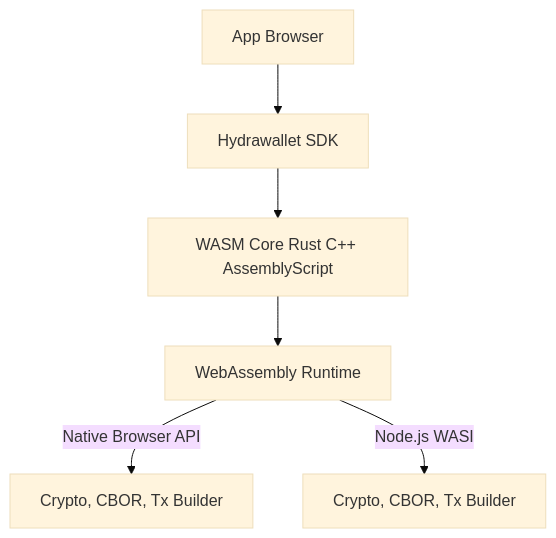
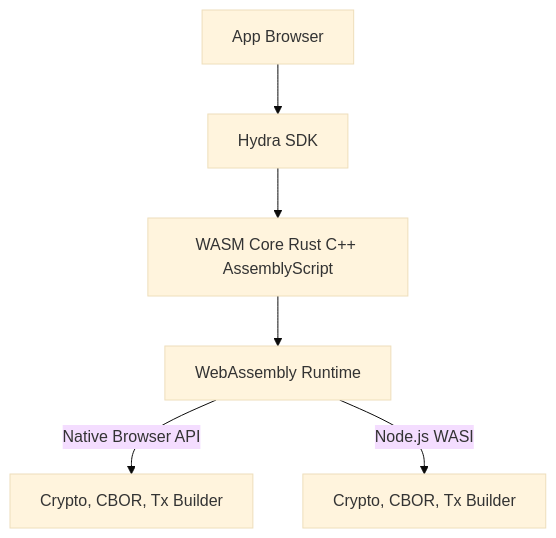
Before and after one commit to Vtechcom/hydra-sdk-technical-reports: the second of 2 diagrams in Polyfill_and_bundling_issues_with_@cardano-sdk_and_MeshJS.md, drawn with Mermaid (base theme). The commit also changed other lines of this file, not shown here.

````diff
--- a/Polyfill_and_bundling_issues_with_@cardano-sdk_and_MeshJS.md
+++ b/Polyfill_and_bundling_issues_with_@cardano-sdk_and_MeshJS.md
@@ -181,8 +181,8 @@
 ```mermaid
 graph TD
-    A[App Browser] --> B[Hydrawallet SDK]
+    A[App Browser] --> B[Hydra SDK]
     B --> C[WASM Core Rust C++ AssemblyScript]
     C --> D[WebAssembly Runtime]
     D -->|Native Browser API| E[Crypto, CBOR, Tx Builder]
     D -->|Node.js WASI| F[Crypto, CBOR, Tx Builder]
 ```
````
